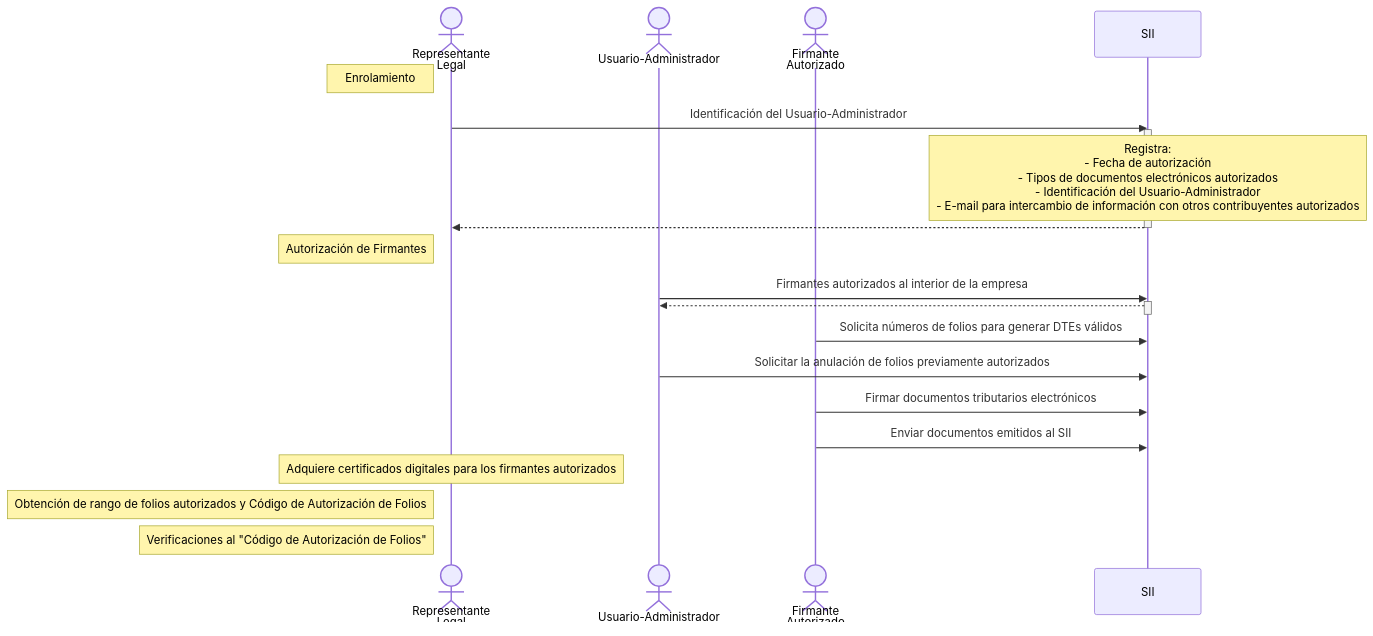
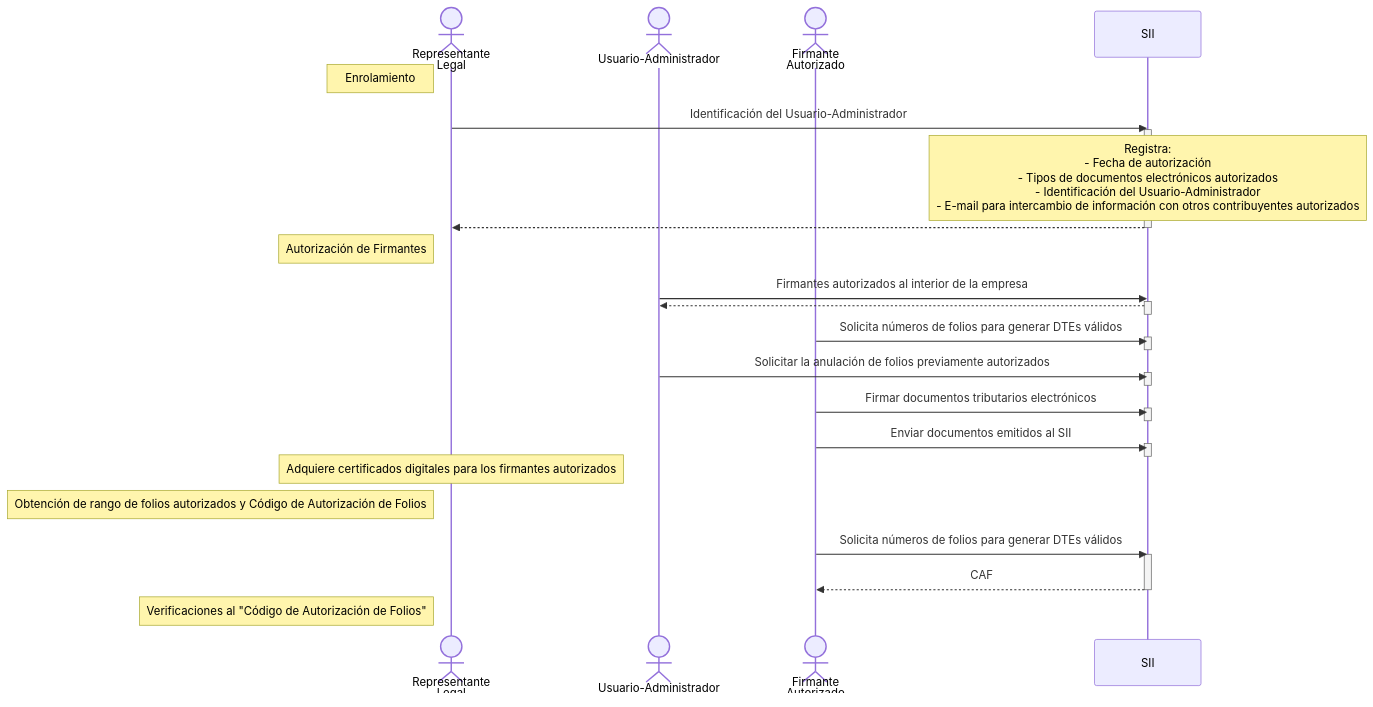
One commit to mliulion/sii-uml changed the diagram in instructivo_técnico_factura_electrónica.md. Above: the diagram before and after it, drawn with Mermaid. The commit also changed other lines of this file and 1 other file, not shown here.

````diff
--- a/instructivo_técnico_factura_electrónica.md
+++ b/instructivo_técnico_factura_electrónica.md
@@ -9,48 +11,65 @@
 ```mermaid
 sequenceDiagram
 
     actor       Representante as Representante<br/>Legal
     actor       Administrador as Usuario-Administrador
     actor       Firmante as Firmante<br/>Autorizado
     participant SII
 
     %%%%%%%%%%%%%%%%%%%%%%%%%%%%%%%%%%%%%%%%%%%%%%
 
     Note left of Representante: Enrolamiento
 
     Representante->>SII: Identificación del Usuario-Administrador
     activate SII
 
     Note over SII: Registra:<br/>- Fecha de autorización<br/>- Tipos de documentos electrónicos autorizados<br/>- Identificación del Usuario-Administrador<br/>- E-mail para intercambio de información con otros contribuyentes autorizados
 
     SII-->>Representante:
     deactivate SII
 
     %%%%%%%%%%%%%%%%%%%%%%%%%%%%%%%%%%%%%%%%%%%%%%
 
     Note left of Representante: Autorización de Firmantes
 
     Administrador->>SII: Firmantes autorizados al interior de la empresa
     activate SII
     SII-->>Administrador:
     deactivate SII
 
     Firmante->>SII:  Solicita números de folios para generar DTEs válidos
+    activate SII
+    deactivate SII
 
     Administrador->>SII:  Solicitar la anulación de folios previamente autorizados
+    activate SII
+    deactivate SII
 
     Firmante->>SII:  Firmar documentos tributarios electrónicos
+    activate SII
+    deactivate SII
+
     Firmante->>SII:  Enviar documentos emitidos al SII
+    activate SII
+    deactivate SII
 
     Note over Representante: Adquiere certificados digitales para los firmantes autorizados
 
     %%%%%%%%%%%%%%%%%%%%%%%%%%%%%%%%%%%%%%%%%%%%%%
 
     Note left of Representante: Obtención de rango de folios autorizados y Código de Autorización de Folios
+
+    Firmante->>SII:  Solicita números de folios para generar DTEs válidos
+    activate SII
+    SII-->>Firmante: CAF
+    deactivate SII
+
+
+
     %%%%%%%%%%%%%%%%%%%%%%%%%%%%%%%%%%%%%%%%%%%%%%
 
     Note left of Representante: Verificaciones al "Código de Autorización de Folios"
 
 
 
 ```
````
